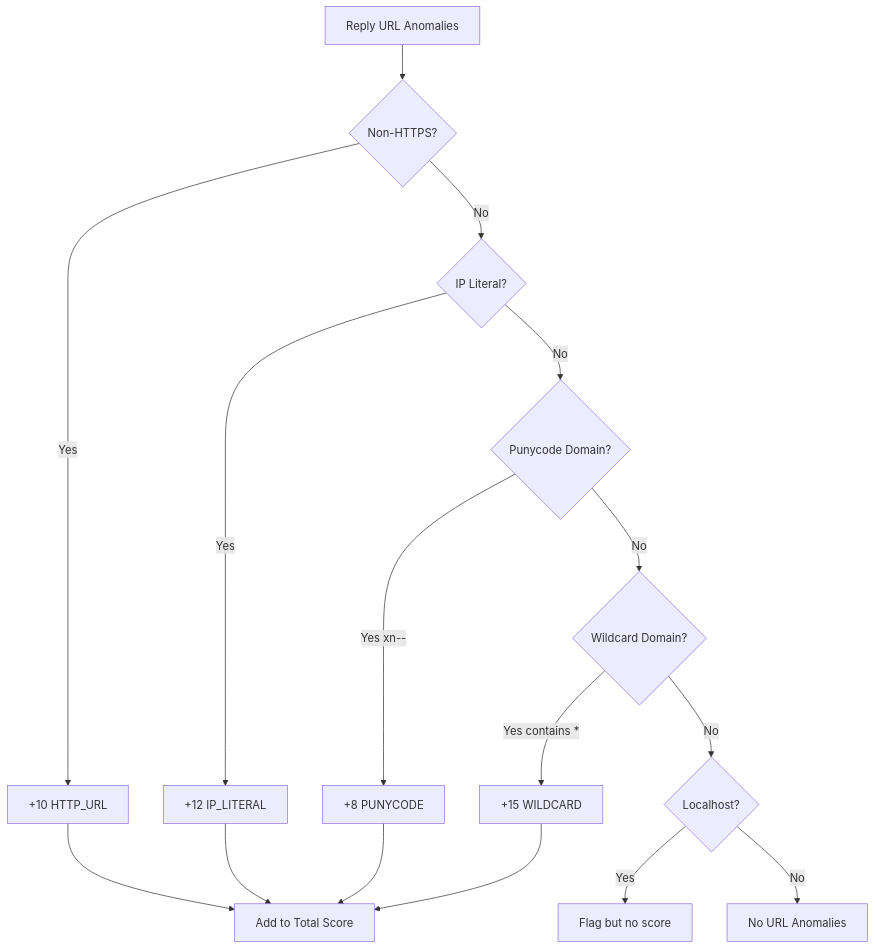
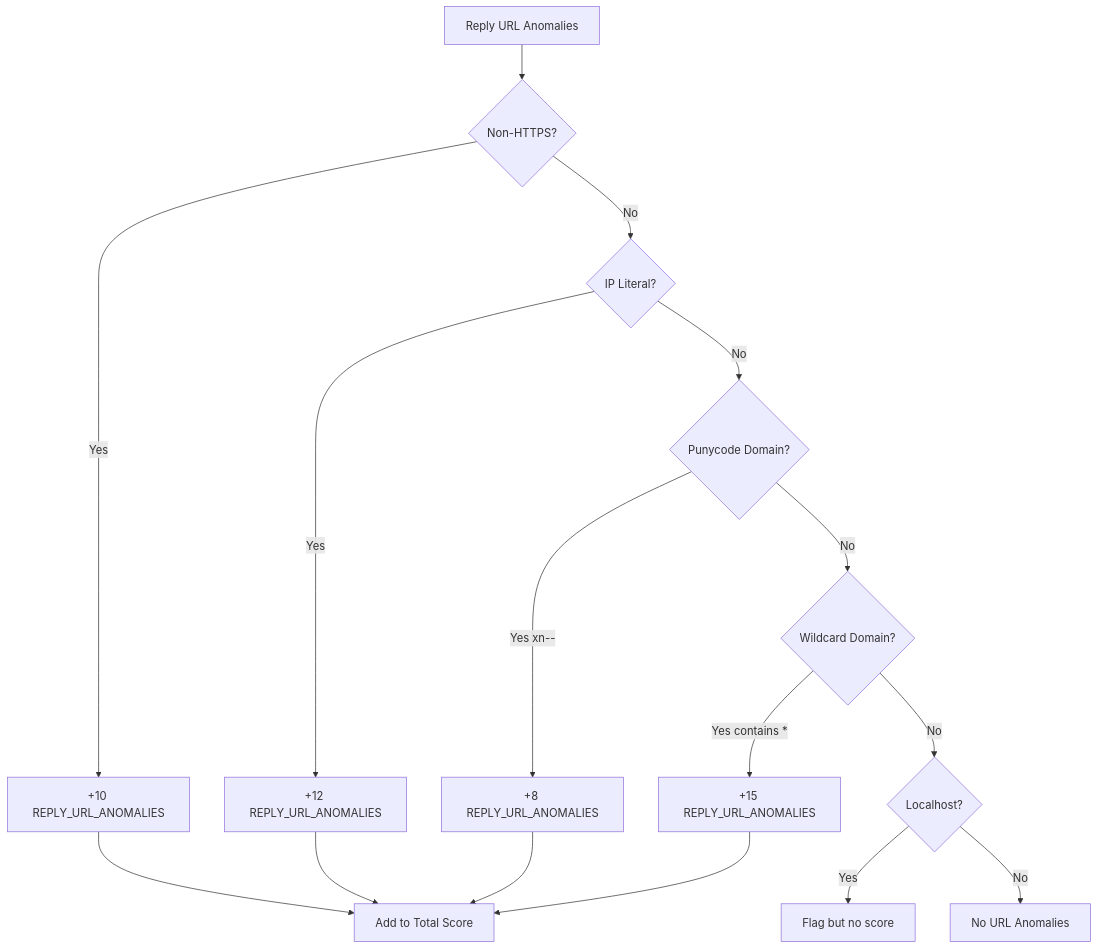
Before and after one commit to OID-See/OID-See: the seventh of 8 diagrams in docs/scoring-logic.md, drawn with Mermaid. The commit also changed other lines of this file and 1 other file, not shown here.

````diff
--- a/docs/scoring-logic.md
+++ b/docs/scoring-logic.md
@@ -484,23 +494,23 @@
 ```mermaid
 flowchart TD
     A[Reply URL Anomalies] --> B{Non-HTTPS?}
-    B -->|Yes| C[+10 HTTP_URL]
+    B -->|Yes| C[+10 REPLY_URL_ANOMALIES]
     B -->|No| D{IP Literal?}
     
-    D -->|Yes| E[+12 IP_LITERAL]
+    D -->|Yes| E[+12 REPLY_URL_ANOMALIES]
     D -->|No| F{Punycode Domain?}
     
-    F -->|Yes xn--| G[+8 PUNYCODE]
+    F -->|Yes xn--| G[+8 REPLY_URL_ANOMALIES]
     F -->|No| H{Wildcard Domain?}
     
-    H -->|Yes contains *| I[+15 WILDCARD]
+    H -->|Yes contains *| I[+15 REPLY_URL_ANOMALIES]
     H -->|No| J{Localhost?}
     
     J -->|Yes| K[Flag but no score]
     J -->|No| L[No URL Anomalies]
     
     C --> M[Add to Total Score]
     E --> M
     G --> M
     I --> M
 ```
````
